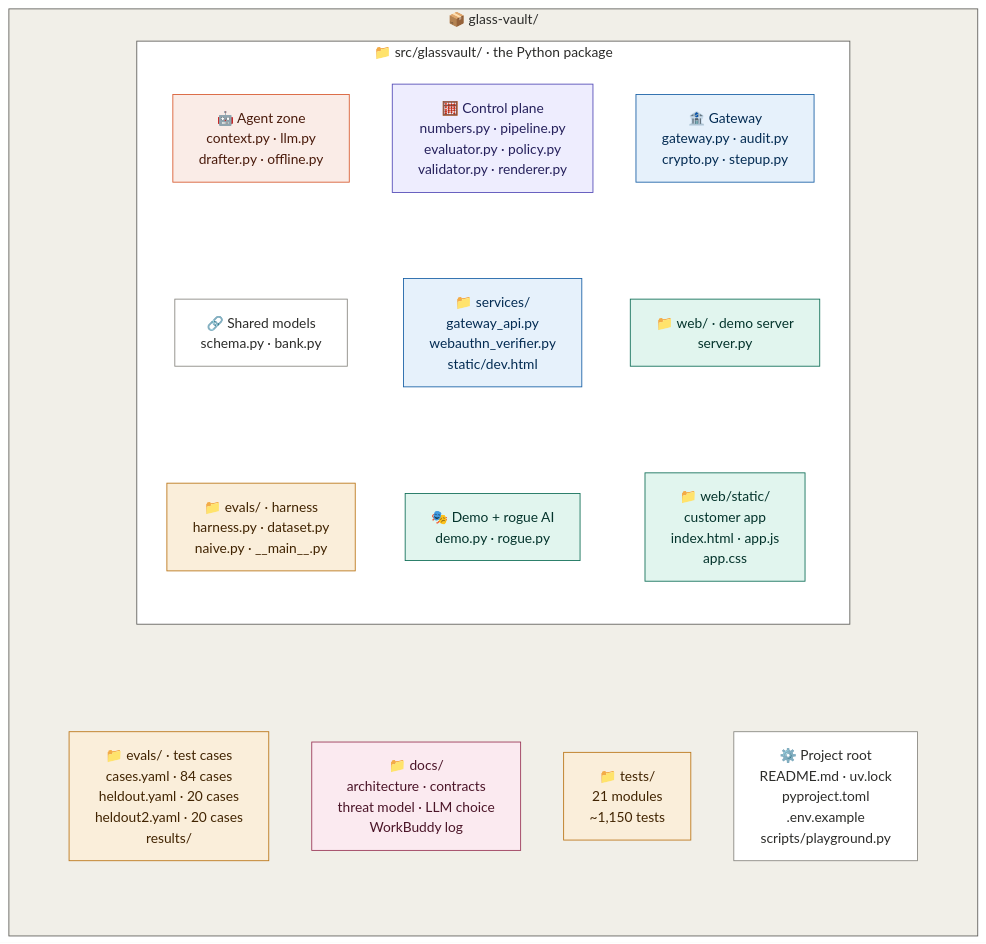
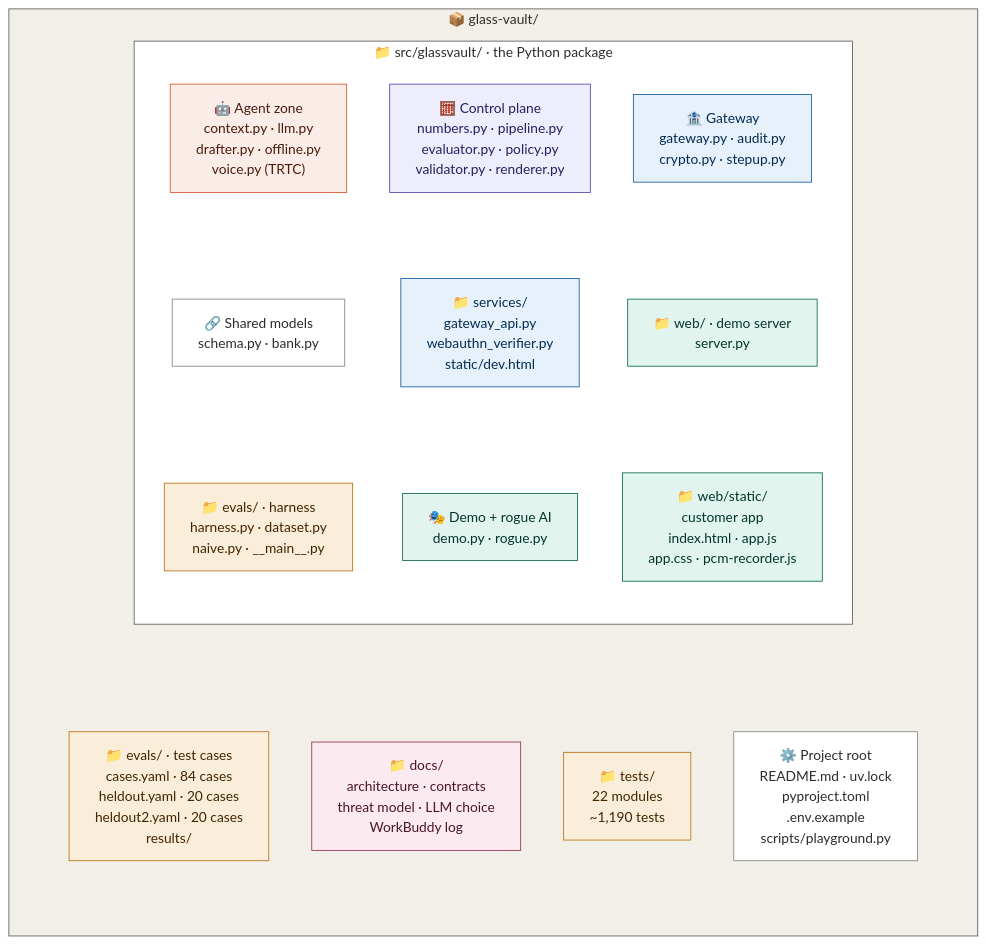
The second of 2 diagrams in docs/ARCHITECTURE.md (Luo-Z-Y/glass-vault), drawn with Mermaid (base theme) before and after one commit. The commit also changed other lines of this file and 11 other files, not shown here.

````diff
--- a/docs/ARCHITECTURE.md
+++ b/docs/ARCHITECTURE.md
@@ -114,47 +114,47 @@
 ```mermaid
 flowchart TB
     subgraph repo["📦 glass-vault/"]
         direction TB
         subgraph pkg["📁 src/glassvault/ · the Python package"]
             direction TB
-            g_agent["🤖 Agent zone<br/>context.py · llm.py<br/>drafter.py · offline.py"]
+            g_agent["🤖 Agent zone<br/>context.py · llm.py<br/>drafter.py · offline.py<br/>voice.py (TRTC)"]
             g_control["🧮 Control plane<br/>numbers.py · pipeline.py<br/>evaluator.py · policy.py<br/>validator.py · renderer.py"]
             g_gateway["🏦 Gateway<br/>gateway.py · audit.py<br/>crypto.py · stepup.py"]
             g_shared["🔗 Shared models<br/>schema.py · bank.py"]
             g_services["📁 services/<br/>gateway_api.py<br/>webauthn_verifier.py<br/>static/dev.html"]
             g_web["📁 web/ · demo server<br/>server.py"]
-            g_static["📁 web/static/<br/>customer app<br/>index.html · app.js<br/>app.css"]
+            g_static["📁 web/static/<br/>customer app<br/>index.html · app.js<br/>app.css · pcm-recorder.js"]
             g_evals["📁 evals/ · harness<br/>harness.py · dataset.py<br/>naive.py · __main__.py"]
             g_demo["🎭 Demo + rogue AI<br/>demo.py · rogue.py"]
             g_agent ~~~ g_shared ~~~ g_evals
             g_control ~~~ g_services ~~~ g_demo
             g_gateway ~~~ g_web ~~~ g_static
         end
         subgraph rest[" "]
             direction TB
             r_evals["📁 evals/ · test cases<br/>cases.yaml · 84 cases<br/>heldout.yaml · 20 cases<br/>heldout2.yaml · 20 cases<br/>results/"]
             r_docs["📁 docs/<br/>architecture · contracts<br/>threat model · LLM choice<br/>WorkBuddy log"]
-            r_tests["📁 tests/<br/>21 modules<br/>~1,150 tests"]
+            r_tests["📁 tests/<br/>22 modules<br/>~1,190 tests"]
             r_project["⚙️ Project root<br/>README.md · uv.lock<br/>pyproject.toml<br/>.env.example<br/>scripts/playground.py"]
         end
         pkg ~~~ rest
     end
 
     classDef shared fill:#FFFFFF,stroke:#888780,color:#2C2C2A
     classDef agentN fill:#FAECE7,stroke:#D85A30,color:#4A1B0C
     classDef controlN fill:#EEEDFE,stroke:#534AB7,color:#26215C
     classDef gatewayN fill:#E6F1FB,stroke:#185FA5,color:#042C53
     classDef demoN fill:#E1F5EE,stroke:#0F6E56,color:#04342C
     classDef testN fill:#FAEEDA,stroke:#BA7517,color:#412402
     classDef docN fill:#FBEAF0,stroke:#993556,color:#4B1528
     class g_shared,r_project shared
     class g_agent agentN
     class g_control controlN
     class g_gateway,g_services gatewayN
     class g_web,g_static,g_demo demoN
     class g_evals,r_evals,r_tests testN
     class r_docs docN
     style repo fill:#F1EFE8,stroke:#5F5E5A,color:#2C2C2A
     style pkg fill:#FFFFFF,stroke:#5F5E5A,color:#2C2C2A
     style rest fill:none,stroke:none
 ```
````
